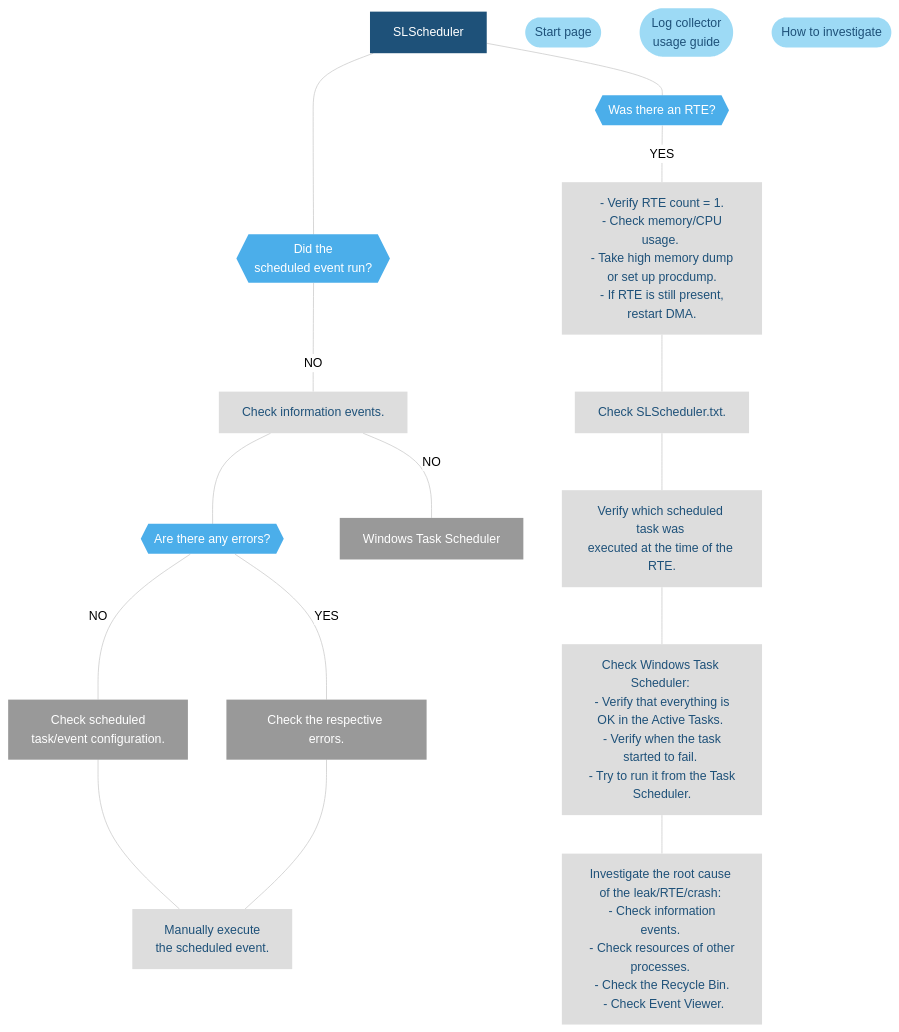
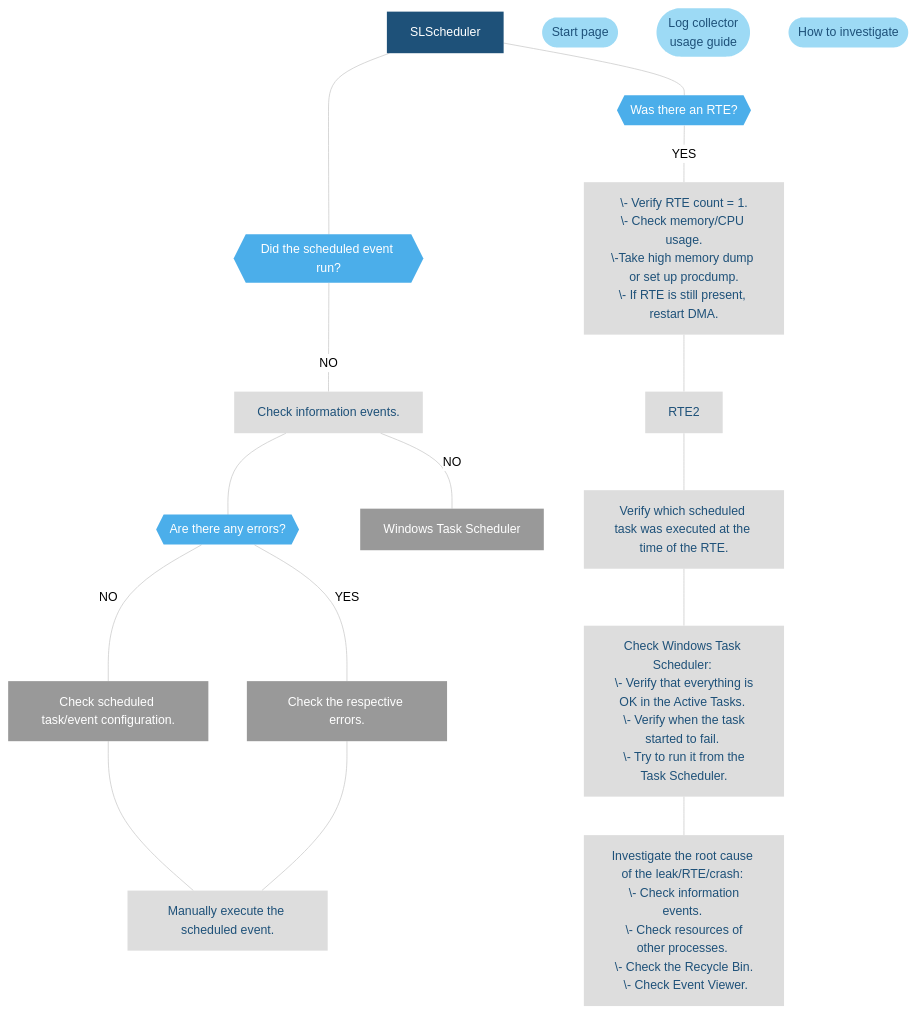
The diagram in user-guide/Troubleshooting/Troubleshooting_Flowcharts/Troubleshooting_Process_Identification/Other_processes/Troubleshooting_SLScheduler_exe.md (SkylineCommunications/dataminer-docs), drawn with Mermaid (neutral theme) before and after one commit. The commit also changed 21 other files, not shown here.

````diff
--- a/user-guide/Troubleshooting/Troubleshooting_Flowcharts/Troubleshooting_Process_Identification/Other_processes/Troubleshooting_SLScheduler_exe.md
+++ b/user-guide/Troubleshooting/Troubleshooting_Flowcharts/Troubleshooting_Process_Identification/Other_processes/Troubleshooting_SLScheduler_exe.md
@@ -13,58 +13,57 @@
 ```mermaid
 flowchart TD
 %% Define styles %%
 %% Define styles %%
 linkStyle default stroke:#cccccc
 classDef LightBlue fill:#9DDAF5,stroke:#000070,stroke-width:0px, color:#1E5179;
 classDef Blue fill:#4BAEEA,stroke:#000070,stroke-width:0px, color:#FFFFFF;
 classDef DarkBlue fill:#1E5179,stroke:#000070,stroke-width:0px, color:#FFFFFF;
 classDef DarkGray fill:#58595B,stroke:#000070,stroke-width:0px, color:#FFFFFF;
 classDef Gray fill:#999999,stroke:#000070,stroke-width:0px, color:#FFFFFF;
 classDef LightGray fill:#DDDDDD,stroke:#000070,stroke-width:0px, color:#1E5179;
 %% Define blocks %%
 Start[SLScheduler]
 Home([Start page])
 SLLogCollector([Log collector <br>usage guide])
 Investigation([How to investigate])
 RTE{{"Was there an RTE?"}}
-RTE1[- Verify RTE count = 1.<br> - Check memory/CPU usage. <br> - Take high memory dump <br>or set up procdump.<br> - If RTE is still present, restart DMA.]
-RTE2[Check SLScheduler.txt.]
-RTE3[Verify which scheduled task was <br>executed at the time of the RTE.]
-RTE4[Check Windows Task Scheduler: <br> - Verify that everything is OK in the Active Tasks. <br> - Verify when the task started to fail. <br> - Try to run it from the Task Scheduler.]
-RTE5[Investigate the root cause of the leak/RTE/crash: <br> - Check information events. <br> - Check resources of other processes. <br> - Check the Recycle Bin. <br> - Check Event Viewer.]
-ScheduledEvent{{"Did the <br>scheduled event run?"}}
+RTE1[" \- Verify RTE count = 1.<br>\- Check memory/CPU usage.<br>\-Take high memory dump or set up procdump.<br>\- If RTE is still present, restart DMA. "]
+RTE3[" Verify which scheduled task was executed at the time of the RTE." ]
+RTE4[" Check Windows Task Scheduler: <br> \- Verify that everything is OK in the Active Tasks. <br> \- Verify when the task started to fail. <br> \- Try to run it from the Task Scheduler. "]
+RTE5[" Investigate the root cause of the leak/RTE/crash: <br> \- Check information events. <br> \- Check resources of other processes. <br> \- Check the Recycle Bin. <br> \- Check Event Viewer."]
+ScheduledEvent{{"Did the scheduled event run?"}}
 Win[Windows Task Scheduler]
 InfoEvents["Check information events."]
 Errors{{"Are there any errors? "}}
-Config["Check scheduled <br>task/event configuration."]
+Config["Check scheduled task/event configuration."]
 ErrorYes[Check the respective errors.]
-End[Manually execute <br>the scheduled event.]
+End[Manually execute the scheduled event.]
 %% Connect blocks %%
 Start ---- ScheduledEvent
 Start --- RTE
 ScheduledEvent --- |NO|InfoEvents
 InfoEvents --- Errors
 InfoEvents --- |NO|Win
 RTE --- |YES|RTE1
 RTE1 --- RTE2
 RTE2 --- RTE3
 RTE3 --- RTE4
 RTE4 --- RTE5
 Errors --- |NO|Config
 Errors --- |YES|ErrorYes
 Config --- End
 ErrorYes --- End
 %% Define hyperlinks %%
 click Home "/user-guide/Troubleshooting/Troubleshooting_Flowcharts/Finding_a_Root_Cause.html"
 click SLLogCollector "/user-guide/Reference/DataMiner_Tools/SLLogCollector.html"
 click Investigation "/user-guide/Troubleshooting/Troubleshooting_Flowcharts/Troubleshooting_Where_to_Start.html"
 click Config "#scheduled-taskevent-configuration-checklist"
 click ErrorYes "#check-the-respective-errors"
 click Win "#windows-task-scheduler"
 %% Apply styles to blocks %%
 class Start DarkBlue;
 class RTE1,RTE2,RTE3,RTE4,RTE5,InfoEvents,End LightGray;
 class RTE,ScheduledEvent,Errors Blue;
 class Home,SLLogCollector,Investigation LightBlue;
 class Config,ErrorYes,Win Gray;
 ```
````
